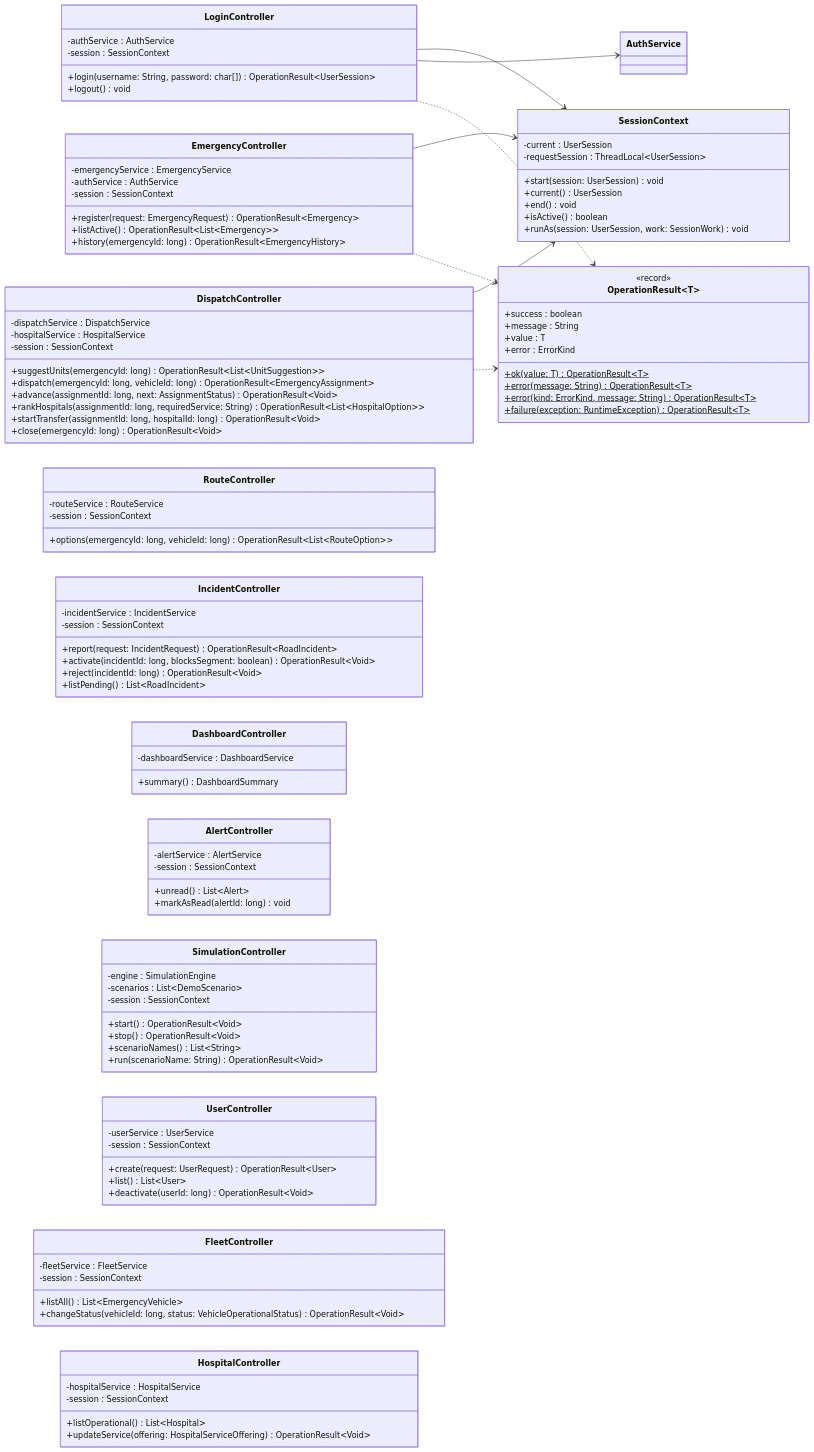
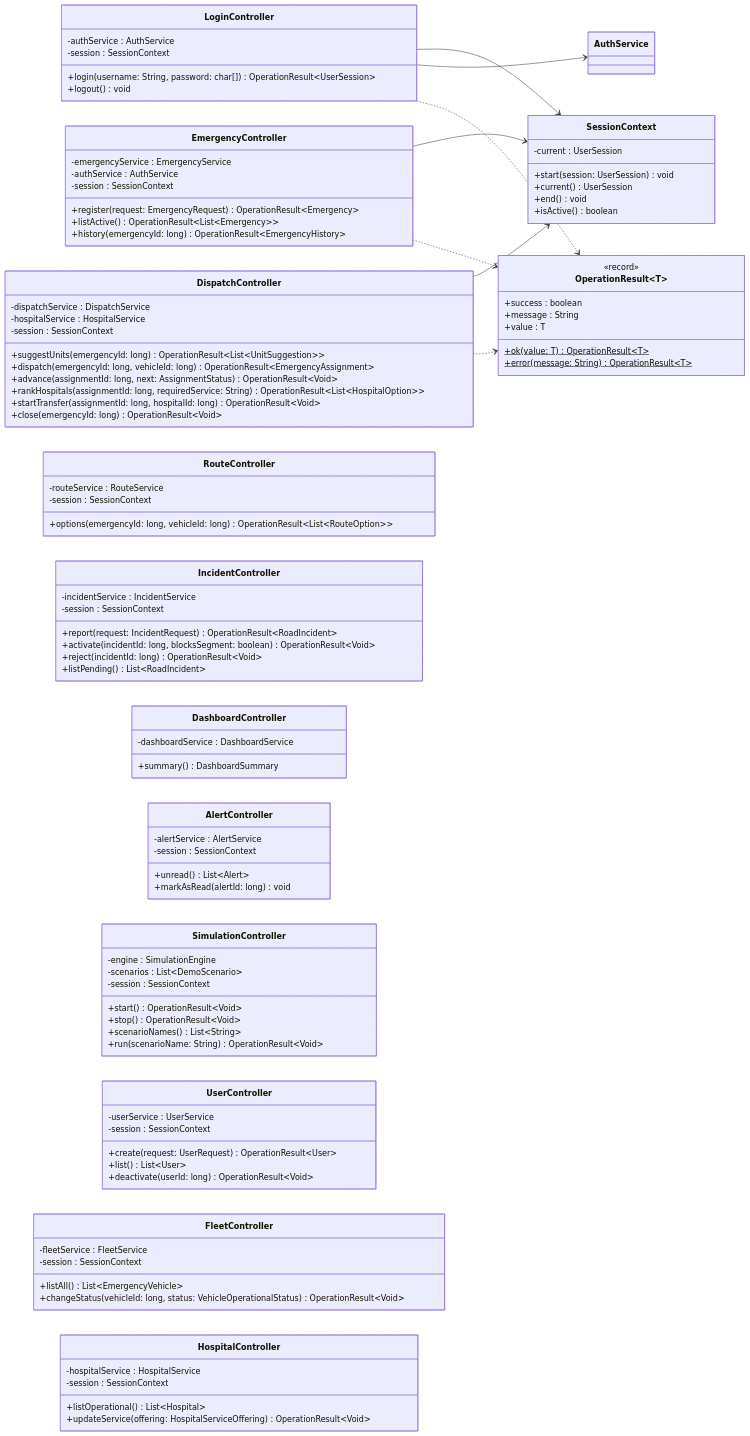
Diagram 22 of 23 in docs/class-diagram.md (afzabaleta/RutaVida), drawn with Mermaid before and after one commit. The commit also changed other lines of this file, not shown here.

Commit message:
docs: sync-route-service-diagram

```diff
--- a/docs/class-diagram.md
+++ b/docs/class-diagram.md
@@ -1680,23 +1680,18 @@
 
     class SessionContext {
         -current : UserSession
-        -requestSession : ThreadLocal~UserSession~
         +start(session: UserSession) void
         +current() UserSession
         +end() void
         +isActive() boolean
-        +runAs(session: UserSession, work: SessionWork) void
     }
     class OperationResult~T~ {
         <<record>>
         +success : boolean
         +message : String
         +value : T
-        +error : ErrorKind
         +ok(value: T) OperationResult~T~$
         +error(message: String) OperationResult~T~$
-        +error(kind: ErrorKind, message: String) OperationResult~T~$
-        +failure(exception: RuntimeException) OperationResult~T~$
     }
     class LoginController {
         -authService : AuthService
```
